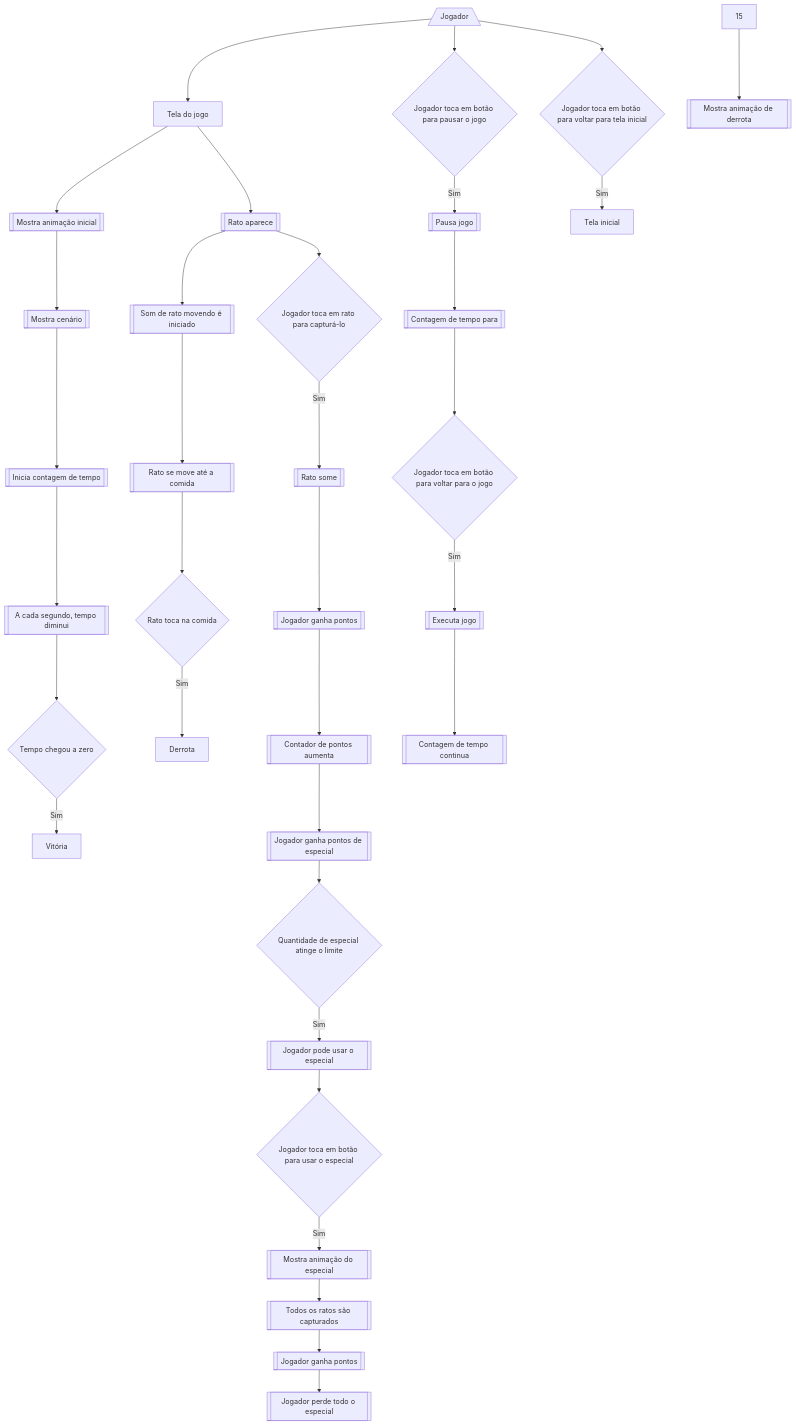
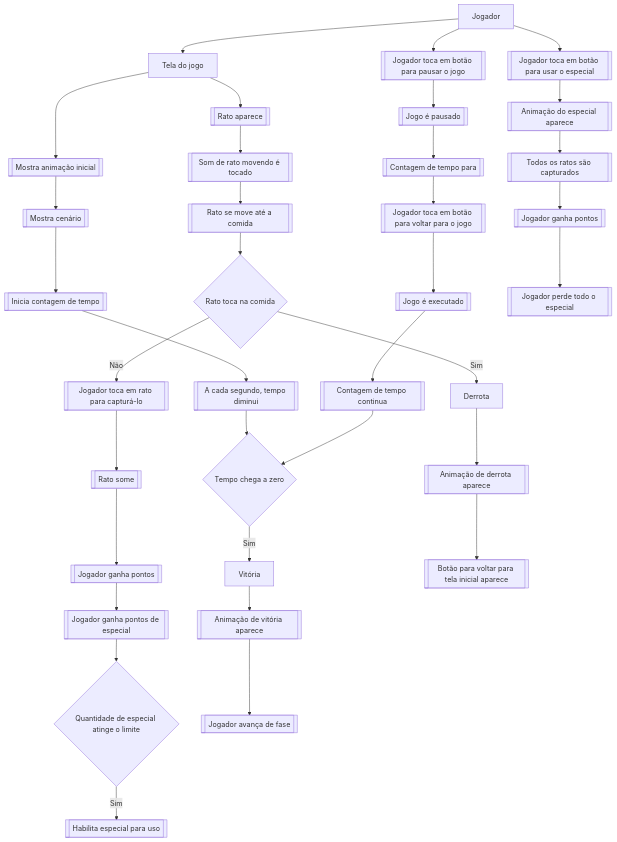
One commit to wilmarques/roteiro-narrativa-jogo changed the third of 3 diagrams in gdd.md. Above: the diagram before and after it, drawn with Mermaid. The commit also changed other lines of this file and 2 other files, not shown here.

Commit message:
Fluxogramas

````diff
--- a/gdd.md
+++ b/gdd.md
@@ -160,40 +103,51 @@
 ```mermaid
 graph TD
 
   D[Derrota]
   V[Vitória]
+  J[Jogador]
+  G[Tela do jogo]
+  E[Especial]
 
-  J[/Jogador\] --> 1[Tela do jogo]
-  1 --> 2[[Mostra animação inicial]]
+  J --> G
+  G --> 2[[Mostra animação inicial]]
   2 --> 3[[Mostra cenário]]
+
   3 --> 4[[Inicia contagem de tempo]]
   4 --> 4.1[[A cada segundo, tempo diminui]]
-  4.1 --> 4.2{Tempo chegou a zero}
+  4.1 --> 4.2{Tempo chega a zero}
   4.2 --> |Sim| V
-  J --> 5{Jogador toca em botão para pausar o jogo}
-  5 --> |Sim| 6[[Pausa jogo]]
-  6 --> 7[[Contagem de tempo para]]
-  7 --> 8{Jogador toca em botão para voltar para o jogo}
-  8 --> |Sim| 9[[Executa jogo]]
-  9 --> 10[[Contagem de tempo continua]]
-  1 --> 11[[Rato aparece]]
-  11 --> 12[[Som de rato movendo é iniciado]]
-  11 --> 19{Jogador toca em rato para capturá-lo}
-  19 --> |Sim| 20[[Rato some]]
-  20 --> 21[[Jogador ganha pontos]]
-  21 --> 22[[Contador de pontos aumenta]]
-  22 --> 23[[Jogador ganha pontos de especial]]
-  23 --> 24{Quantidade de especial atinge o limite}
-  24 --> |Sim| 25[[Jogador pode usar o especial]]
-  25 --> 26{Jogador toca em botão para usar o especial}
-  26 --> |Sim| 27[[Mostra animação do especial]]
-  27 --> 28[[Todos os ratos são capturados]]
-  28 --> 29[[Jogador ganha pontos]]
-  29 --> 30[[Jogador perde todo o especial]]
-  12 --> 13[[Rato se move até a comida]]
-  13 --> 14{Rato toca na comida}
-  14 --> |Sim| D
-  15 --> 16[[Mostra animação de derrota]]
-  J --> 17{Jogador toca em botão para voltar para tela inicial}
-  17 --> |Sim| 18[Tela inicial]
+
+  J --> 5[[Jogador toca em botão para pausar o jogo]]
+  5 --> 5.1[[Jogo é pausado]]
+  5.1 --> 5.2[[Contagem de tempo para]]
+  5.2 --> 5.3[[Jogador toca em botão para voltar para o jogo]]
+  5.3 --> 5.4[[Jogo é executado]]
+  5.4 --> 5.5[[Contagem de tempo continua]]
+  5.5 --> 4.2
+
+  G --> 6[[Rato aparece]]
+  6 --> 6.1[[Som de rato movendo é tocado]]
+  6.1 --> 6.2[[Rato se move até a comida]]
+  6.2 --> 6.3{Rato toca na comida}
+  6.3 --> |Sim| D
+  6.3 --> |Não| 6.4[[Jogador toca em rato para capturá-lo]]
+  6.4 --> 6.5[[Rato some]]
+  6.5 --> 6.6[[Jogador ganha pontos]]
+  6.6 --> 6.7[[Jogador ganha pontos de especial]]
+  6.7 --> 6.8{Quantidade de especial atinge o limite}
+  6.8 --> |Sim| 6.9[[Habilita especial para uso]]
+
+  J --> 7[[Jogador toca em botão para usar o especial]]
+  7 --> E
+
+  E[[Animação do especial aparece]] --> E.1[[Todos os ratos são capturados]]
+  E.1 --> E.2[[Jogador ganha pontos]]
+  E.2 --> E.3[[Jogador perde todo o especial]]
+
+  D --> D.1[[Animação de derrota aparece]]
+  D.1 --> D.2[[Botão para voltar para tela inicial aparece]]
+
+  V --> V.1[[Animação de vitória aparece]]
+  V.1 --> V.2[[Jogador avança de fase]]
 ```
````
